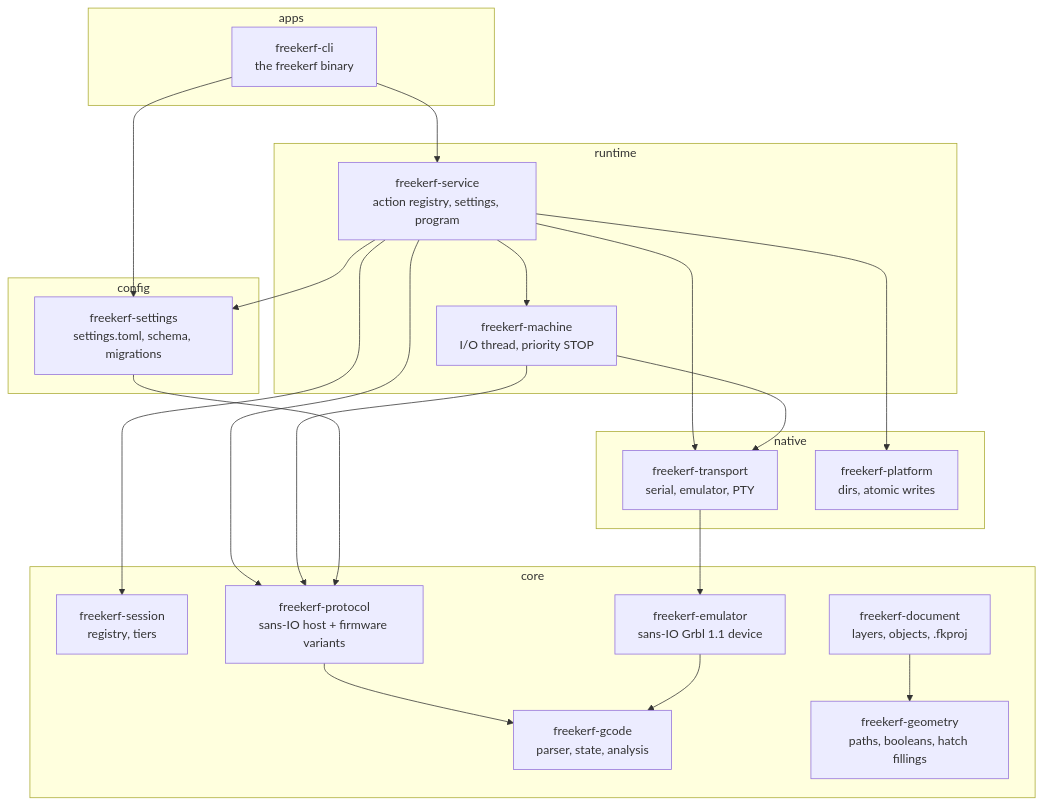
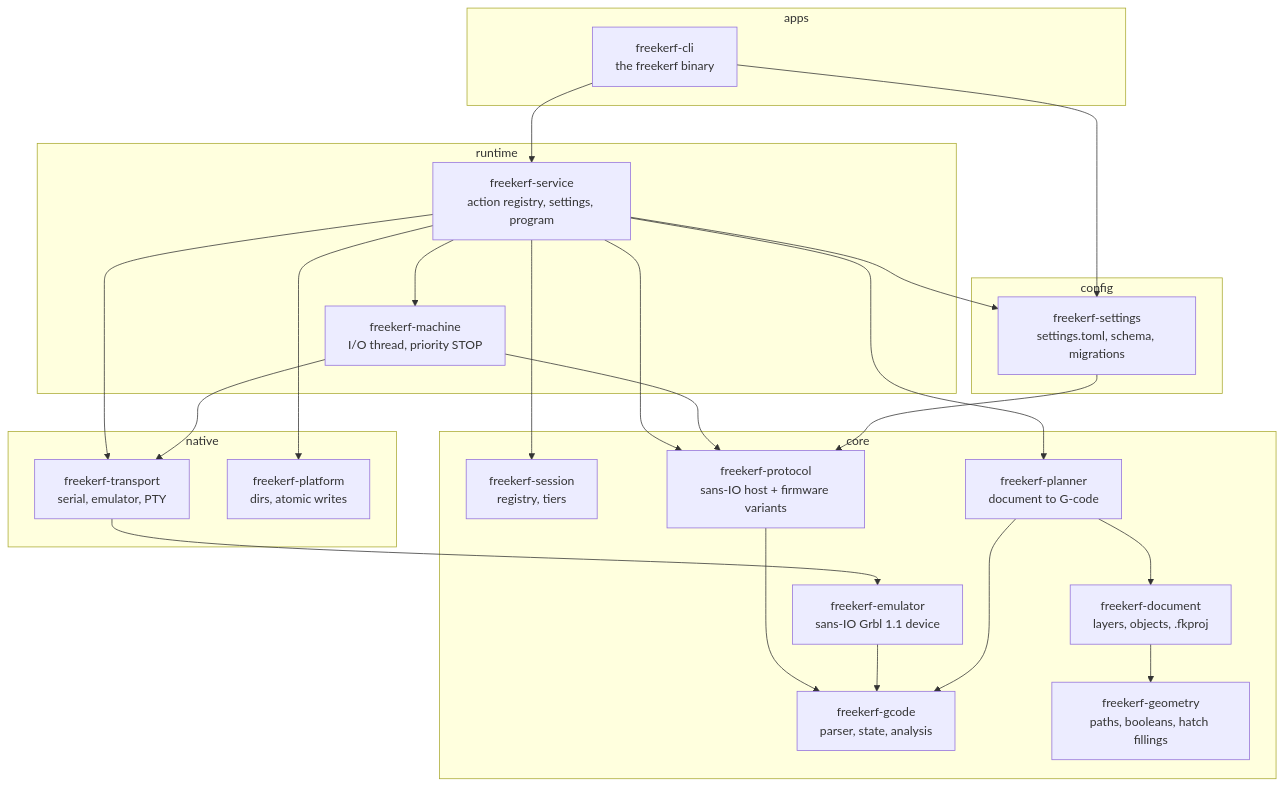
One commit to bochpsico-lang/freekerf changed the first of 2 diagrams in doc/architecture.md. Above: the diagram before and after it, drawn with Mermaid. The commit also changed other lines of this file and 29 other files, not shown here.

First line of the commit message:
Add freekerf-planner, the test generators, Hershey text and import-case

````diff
--- a/doc/architecture.md
+++ b/doc/architecture.md
@@ -9,40 +9,44 @@
 ```mermaid
 flowchart TB
   subgraph apps
     cli[freekerf-cli<br/>the freekerf binary]
   end
   subgraph runtime
     service[freekerf-service<br/>action registry, settings, program]
     machine[freekerf-machine<br/>I/O thread, priority STOP]
   end
   subgraph native
     transport[freekerf-transport<br/>serial, emulator, PTY]
     platform[freekerf-platform<br/>dirs, atomic writes]
   end
   subgraph config
     settings[freekerf-settings<br/>settings.toml, schema, migrations]
   end
   subgraph core
     session[freekerf-session<br/>registry, tiers]
     protocol[freekerf-protocol<br/>sans-IO host + firmware variants]
     gcode[freekerf-gcode<br/>parser, state, analysis]
     emulator[freekerf-emulator<br/>sans-IO Grbl 1.1 device]
     geometry[freekerf-geometry<br/>paths, booleans, hatch fillings]
     document[freekerf-document<br/>layers, objects, .fkproj]
+    planner[freekerf-planner<br/>document to G-code]
   end
   cli --> service
   cli --> settings
   service --> machine
   service --> transport
   service --> platform
   service --> settings
   service --> session
   service --> protocol
   machine --> protocol
   machine --> transport
   transport --> emulator
   settings --> protocol
   protocol --> gcode
   emulator --> gcode
   document --> geometry
+  planner --> document
+  planner --> gcode
+  service --> planner
 ```
````
